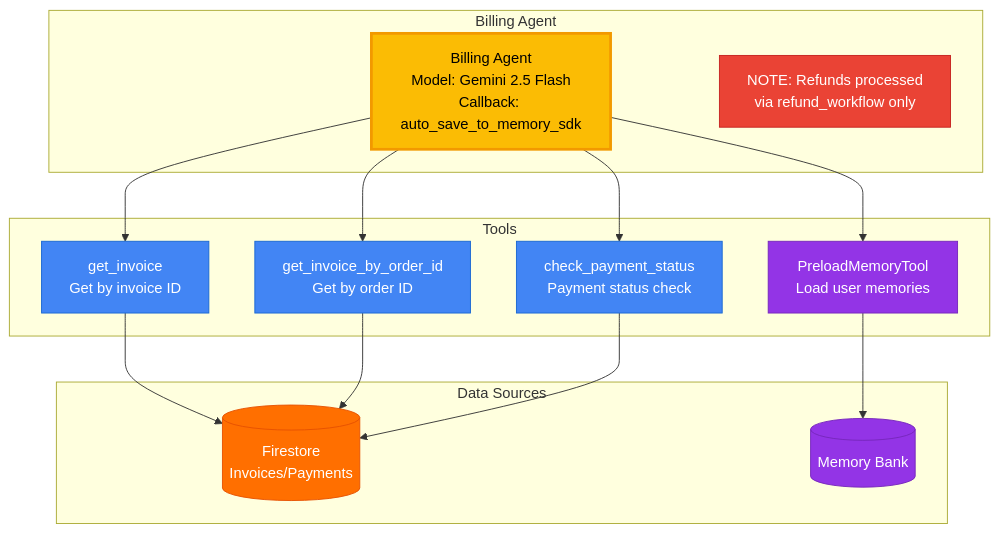
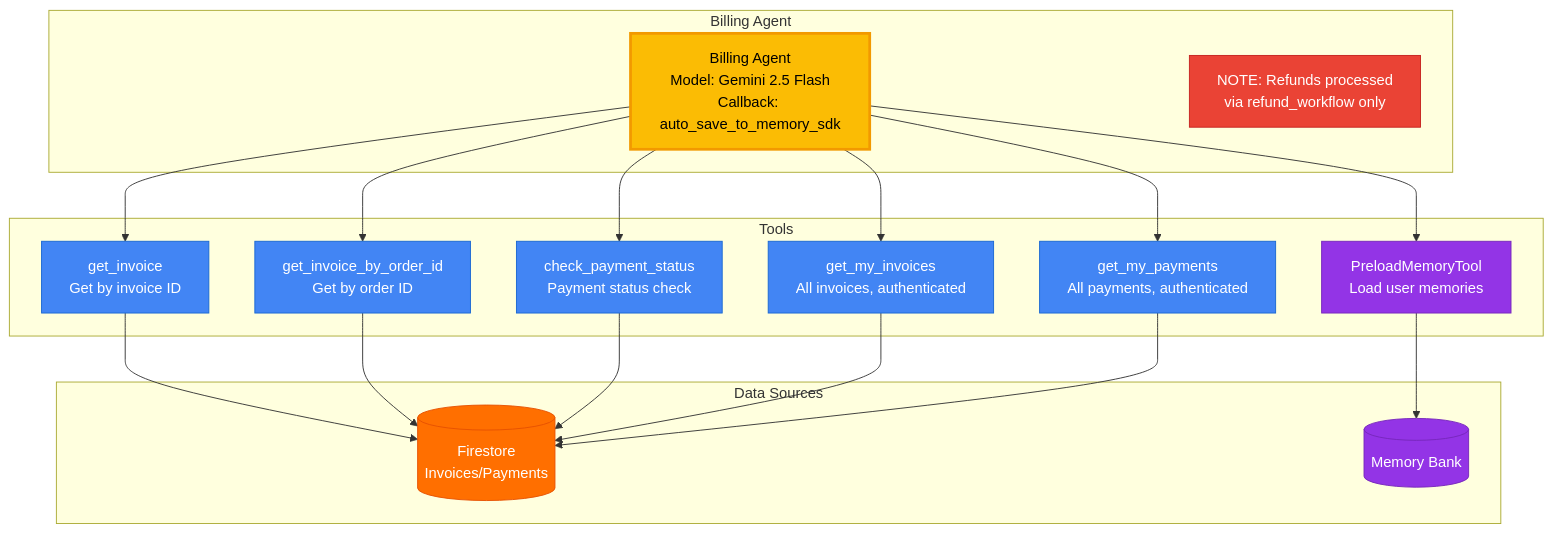
Before and after one commit to Saoussen-CH/adk-multiagent-production-template: the sixth of 6 diagrams in docs/ARCHITECTURE.md, drawn with Mermaid. The commit also changed other lines of this file and 7 other files, not shown here.

````diff
--- a/docs/ARCHITECTURE.md
+++ b/docs/ARCHITECTURE.md
@@ -373,38 +388,46 @@
 ```mermaid
 graph TB
     subgraph "Billing Agent"
         Agent[Billing Agent<br/>Model: Gemini 2.5 Flash<br/>Callback: auto_save_to_memory_sdk]
         Note[NOTE: Refunds processed<br/>via refund_workflow only]
     end
 
     subgraph "Tools"
         T0[PreloadMemoryTool<br/>Load user memories]
         T1[get_invoice<br/>Get by invoice ID]
         T2[get_invoice_by_order_id<br/>Get by order ID]
         T3[check_payment_status<br/>Payment status check]
+        T4[get_my_invoices<br/>All invoices, authenticated]
+        T5[get_my_payments<br/>All payments, authenticated]
     end
 
     subgraph "Data Sources"
         Firestore[(Firestore<br/>Invoices/Payments)]
         Memory[(Memory Bank)]
     end
 
     Agent --> T0
     Agent --> T1
     Agent --> T2
     Agent --> T3
+    Agent --> T4
+    Agent --> T5
 
     T0 --> Memory
     T1 --> Firestore
     T2 --> Firestore
     T3 --> Firestore
+    T4 --> Firestore
+    T5 --> Firestore
 
     style Agent fill:#FBBC04,stroke:#F29900,color:#000,stroke-width:3px
     style Note fill:#EA4335,stroke:#C5221F,color:#fff
     style T0 fill:#9334E6,stroke:#7627BB,color:#fff
     style T1 fill:#4285F4,stroke:#1967D2,color:#fff
     style T2 fill:#4285F4,stroke:#1967D2,color:#fff
     style T3 fill:#4285F4,stroke:#1967D2,color:#fff
+    style T4 fill:#4285F4,stroke:#1967D2,color:#fff
+    style T5 fill:#4285F4,stroke:#1967D2,color:#fff
     style Firestore fill:#FF6F00,stroke:#E65100,color:#fff
     style Memory fill:#9334E6,stroke:#7627BB,color:#fff
 ```
````
